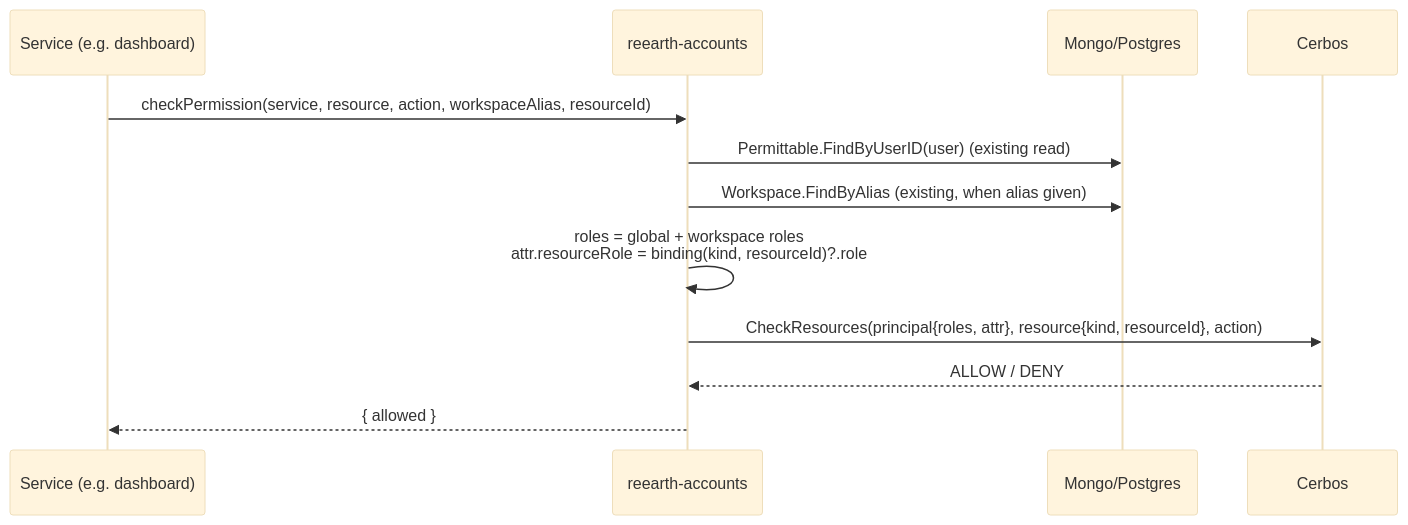
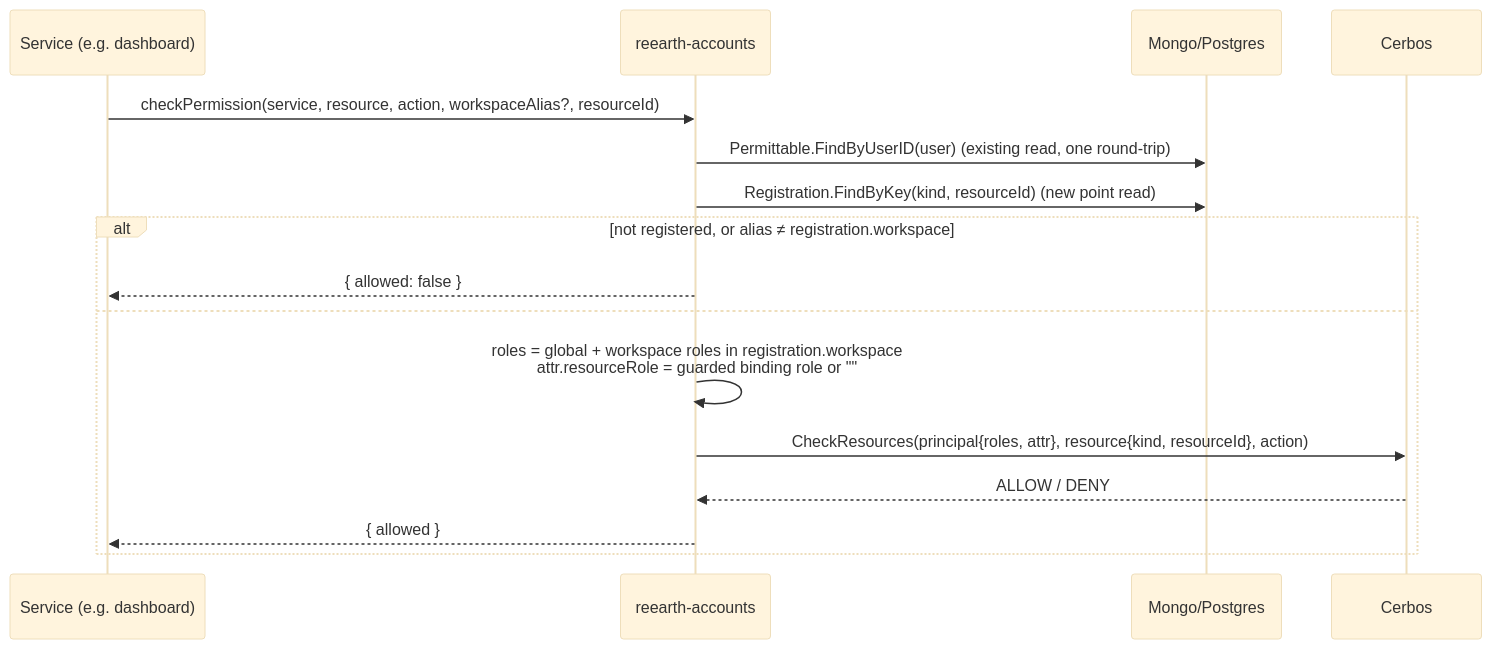
One commit to reearth/reearth-accounts changed the first of 3 diagrams in server/docs/usecase/resource-role-binding.ja.md. Above: the diagram before and after it, drawn with Mermaid (base theme). The commit also changed other lines of this file and 1 other file, not shown here.

First line of the commit message:
docs(server): address Copilot review feedback on resource role binding design

````diff
--- a/server/docs/usecase/resource-role-binding.ja.md
+++ b/server/docs/usecase/resource-role-binding.ja.md
@@ -349,15 +429,19 @@
 ```mermaid
 sequenceDiagram
     participant S as Service (e.g. dashboard)
     participant A as reearth-accounts
     participant DB as Mongo/Postgres
     participant C as Cerbos
 
-    S->>A: checkPermission(service, resource, action, workspaceAlias, resourceId)
-    A->>DB: Permittable.FindByUserID(user)  (existing read)
-    A->>DB: Workspace.FindByAlias (existing, when alias given)
-    A->>A: roles = global + workspace roles<br/>attr.resourceRole = binding(kind, resourceId)?.role
-    A->>C: CheckResources(principal{roles, attr}, resource{kind, resourceId}, action)
-    C-->>A: ALLOW / DENY
-    A-->>S: { allowed }
+    S->>A: checkPermission(service, resource, action, workspaceAlias?, resourceId)
+    A->>DB: Permittable.FindByUserID(user)  (existing read, one round-trip)
+    A->>DB: Registration.FindByKey(kind, resourceId)  (new point read)
+    alt not registered, or alias ≠ registration.workspace
+        A-->>S: { allowed: false }
+    else
+        A->>A: roles = global + workspace roles in registration.workspace<br/>attr.resourceRole = guarded binding role or ""
+        A->>C: CheckResources(principal{roles, attr}, resource{kind, resourceId}, action)
+        C-->>A: ALLOW / DENY
+        A-->>S: { allowed }
+    end
 ```
````
